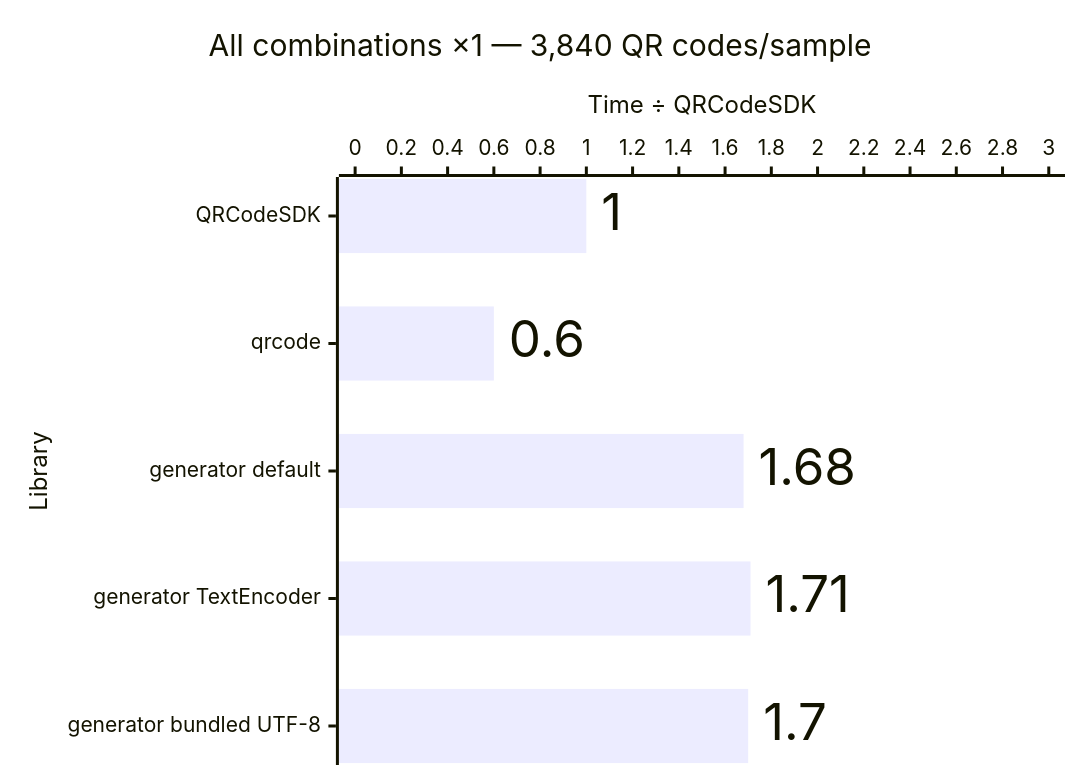
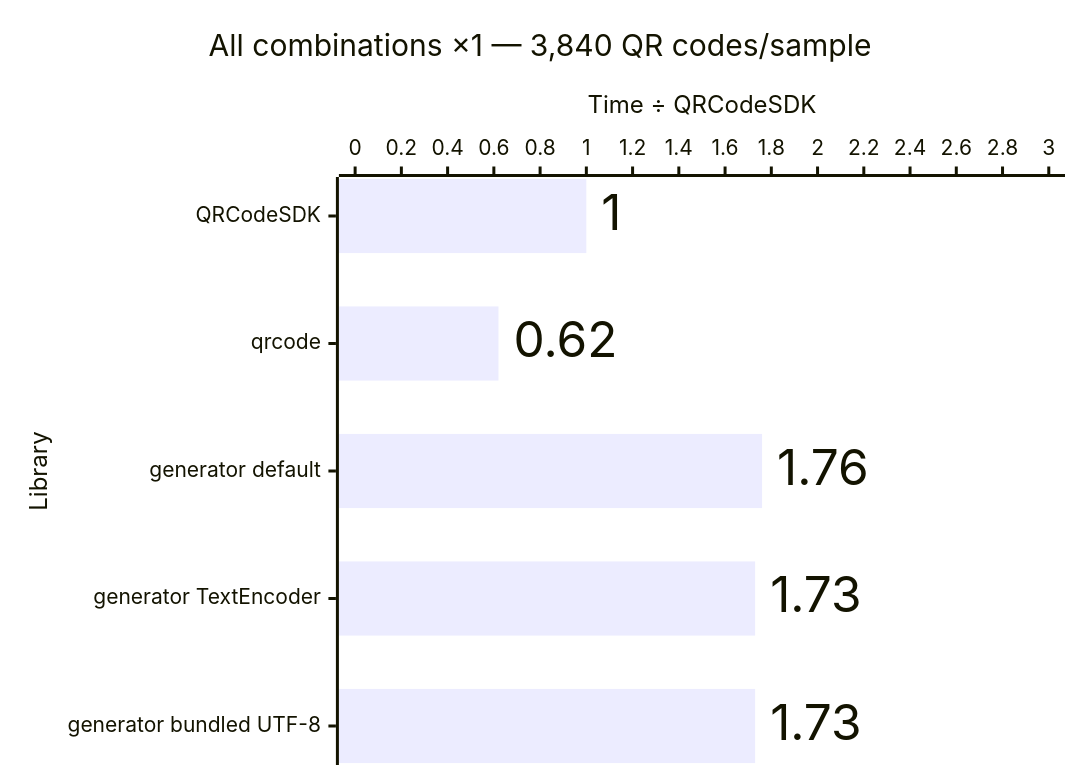
Diagram 12 of 12 in apps/docs/src/content/docs/advanced/performance.md (Dafnik/qrcodesdk), drawn with Mermaid before and after one commit. The commit also changed other lines of this file and 5 other files, not shown here.

````diff
--- a/apps/docs/src/content/docs/advanced/performance.md
+++ b/apps/docs/src/content/docs/advanced/performance.md
@@ -241,15 +241,15 @@
 ```mermaid
 ---
 config:
   xyChart:
     showDataLabel: true
     showDataLabelOutsideBar: true
 ---
 xychart horizontal
   accTitle: SVG generation: All combinations ×1 — 3,840 QR codes/sample
-  accDescr: Relative median time compared with QRCodeSDK. QRCodeSDK 1.00 times, qrcode 0.60 times, generator default 1.68 times, generator TextEncoder 1.71 times, generator bundled UTF-8 1.70 times. Lower is better.
+  accDescr: Relative median time compared with QRCodeSDK. QRCodeSDK 1.00 times, qrcode 0.62 times, generator default 1.76 times, generator TextEncoder 1.73 times, generator bundled UTF-8 1.73 times. Lower is better.
   title "All combinations ×1 — 3,840 QR codes/sample"
   x-axis "Library" ["QRCodeSDK", "qrcode", "generator default", "generator TextEncoder", "generator bundled UTF-8"]
   y-axis "Time ÷ QRCodeSDK" 0 --> 3.0
-  bar [1.00, 0.60, 1.68, 1.71, 1.70]
+  bar [1.00, 0.62, 1.76, 1.73, 1.73]
 ```
````
